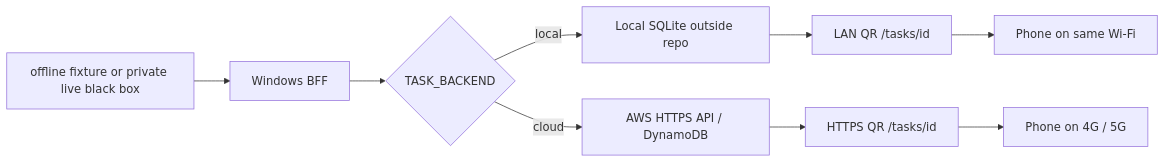
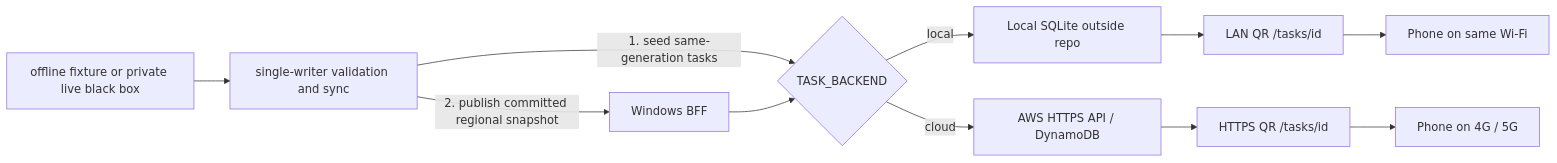
The diagram in README.md (jiarong0423/ntpc-youbike-smart-dispatch-demo), drawn with Mermaid before and after one commit. The commit also changed other lines of this file and 22 other files, not shown here.

````diff
--- a/README.md
+++ b/README.md
@@ -76,11 +76,13 @@
 ```mermaid
 flowchart LR
-  SOURCE["offline fixture or private live black box"] --> BFF["Windows BFF"]
+  SOURCE["offline fixture or private live black box"] --> SYNC["single-writer validation and sync"]
+  SYNC -->|"1. seed same-generation tasks"| MODE{"TASK_BACKEND"}
+  SYNC -->|"2. publish committed regional snapshot"| BFF["Windows BFF"]
   BFF --> MODE{"TASK_BACKEND"}
   MODE -->|local| DB["Local SQLite outside repo"]
   MODE -->|cloud| AWS["AWS HTTPS API / DynamoDB"]
   DB --> LAN["LAN QR /tasks/id"]
   AWS --> CELL["HTTPS QR /tasks/id"]
   LAN --> WIFI["Phone on same Wi-Fi"]
   CELL --> PHONE["Phone on 4G / 5G"]
 ```
````
